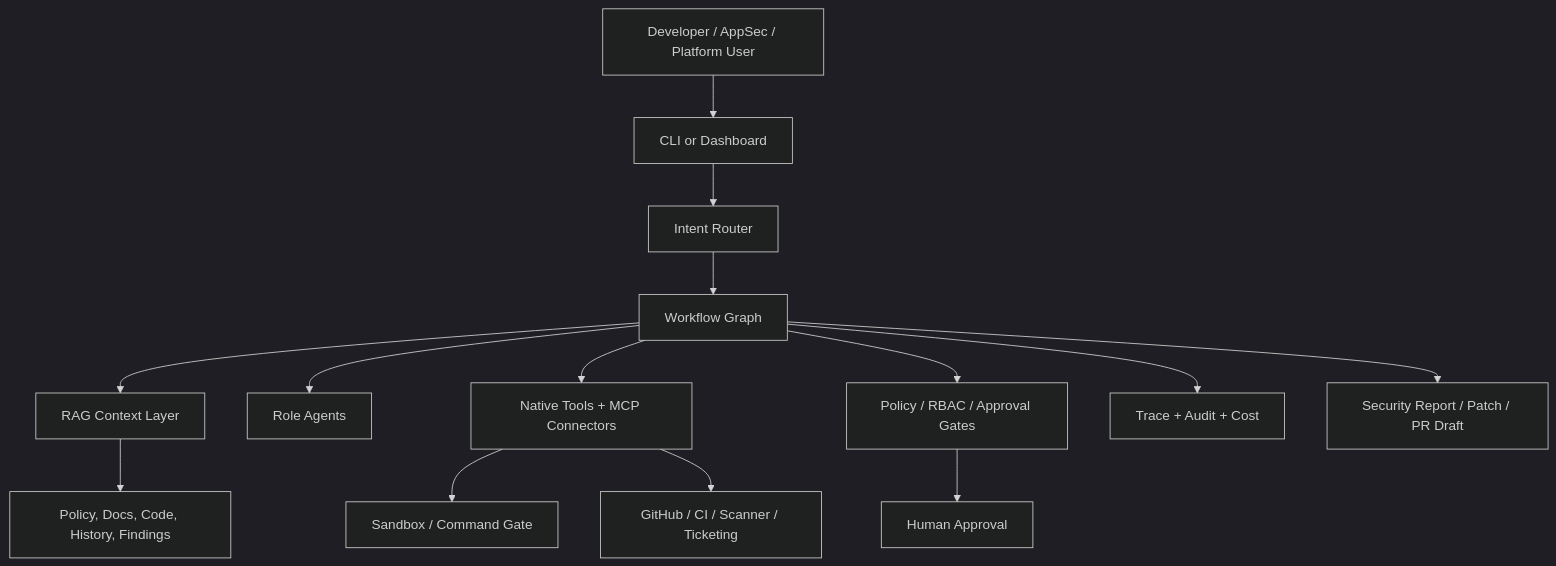
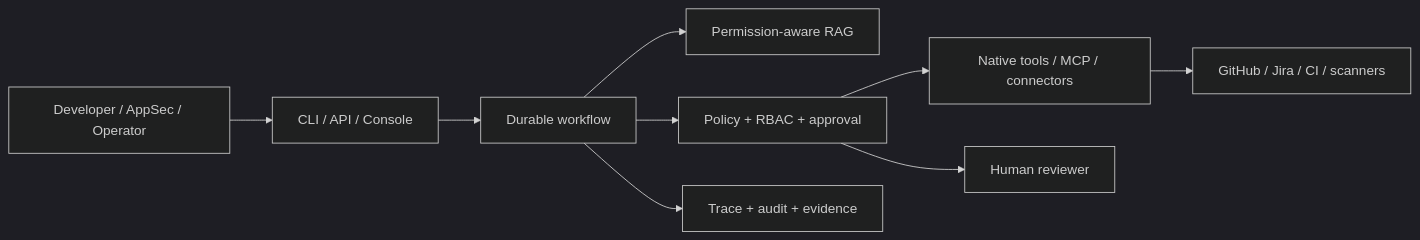
The first of 2 diagrams in enterprise-docs/architecture.md (dyxnb22/SafeCodeAgent), drawn with Mermaid (dark theme) before and after one commit. The commit also changed other lines of this file and 76 other files, not shown here.

````diff
--- a/enterprise-docs/architecture.md
+++ b/enterprise-docs/architecture.md
@@ -9,16 +8,11 @@
 ```mermaid
-flowchart TD
-    User["Developer / AppSec / Platform User"] --> UI["CLI or Dashboard"]
-    UI --> Router["Intent Router"]
-    Router --> Graph["Workflow Graph"]
-    Graph --> RAG["RAG Context Layer"]
-    Graph --> Agents["Role Agents"]
-    Graph --> Tools["Native Tools + MCP Connectors"]
-    Graph --> Policy["Policy / RBAC / Approval Gates"]
-    Policy --> HITL["Human Approval"]
-    Tools --> Sandbox["Sandbox / Command Gate"]
-    Tools --> GitHub["GitHub / CI / Scanner / Ticketing"]
-    RAG --> KB["Policy, Docs, Code, History, Findings"]
-    Graph --> Trace["Trace + Audit + Cost"]
-    Graph --> Report["Security Report / Patch / PR Draft"]
+flowchart LR
+    User["Developer / AppSec / Operator"] --> Surface["CLI / API / Console"]
+    Surface --> Workflow["Durable workflow"]
+    Workflow --> RAG["Permission-aware RAG"]
+    Workflow --> Governance["Policy + RBAC + approval"]
+    Governance --> Tools["Native tools / MCP / connectors"]
+    Tools --> External["GitHub / Jira / CI / scanners"]
+    Workflow --> Evidence["Trace + audit + evidence"]
+    Governance --> Human["Human reviewer"]
 ```
````
